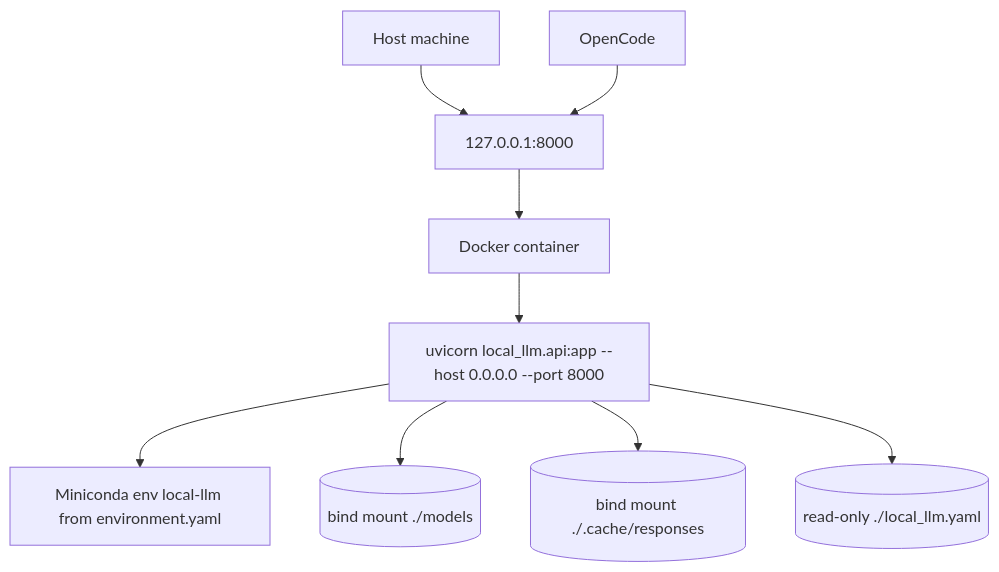
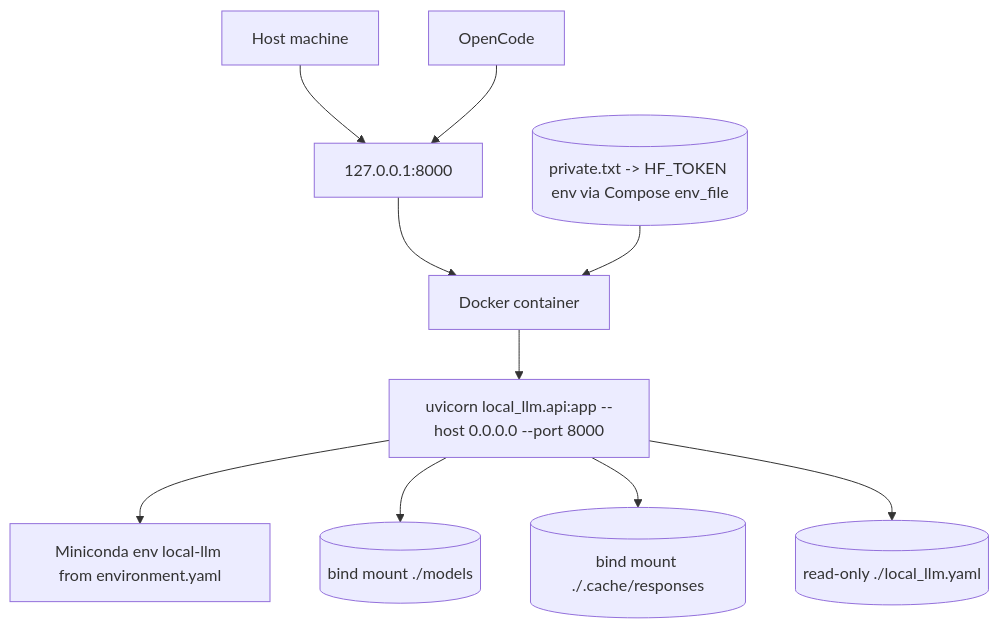
One commit to kkhatr2/local-llm changed the sixth of 6 diagrams in docs/architecture.md. Above: the diagram before and after it, drawn with Mermaid. The commit also changed other lines of this file and 9 other files, not shown here.

First line of the commit message:
Inject HF token from private.txt

````diff
--- a/docs/architecture.md
+++ b/docs/architecture.md
@@ -282,21 +282,23 @@
 ```mermaid
 flowchart TB
     Host["Host machine"]
     Loop["127.0.0.1:8000"]
     Container["Docker container"]
     Uvicorn["uvicorn local_llm.api:app --host 0.0.0.0 --port 8000"]
     Env["Miniconda env local-llm from environment.yaml"]
     ModelsVol[("bind mount ./models")]
     CacheVol[("bind mount ./.cache/responses")]
     ConfigFile[("read-only ./local_llm.yaml")]
+    TokenFile[("private.txt -> HF_TOKEN env via Compose env_file")]
     OC["OpenCode"]
 
     Host --> Loop
     OC --> Loop
     Loop --> Container
     Container --> Uvicorn
     Uvicorn --> Env
     Uvicorn --> ModelsVol
     Uvicorn --> CacheVol
     Uvicorn --> ConfigFile
+    TokenFile --> Container
 ```
````
